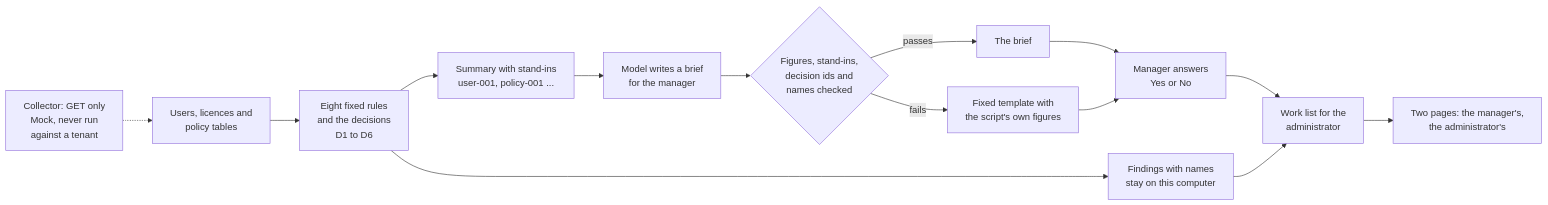
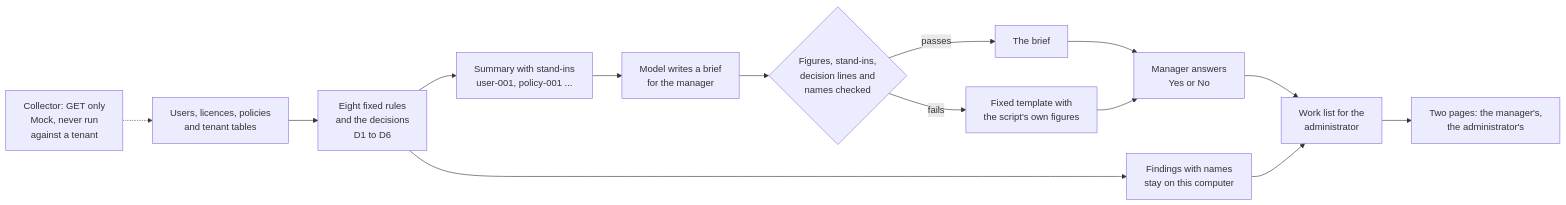
One commit to evgenybl/m365-hygiene-brief-demo changed the diagram in README.md. Above: the diagram before and after it, drawn with Mermaid. The commit also changed other lines of this file and 16 other files, not shown here.

````diff
--- a/README.md
+++ b/README.md
@@ -82,16 +99,16 @@
 ```mermaid
 flowchart LR
     X[Collector: GET only<br/>Mock, never run<br/>against a tenant] -.-> A
-    A[Users, licences and<br/>policy tables] --> B[Eight fixed rules<br/>and the decisions<br/>D1 to D6]
+    A[Users, licences, policies<br/>and tenant tables] --> B[Eight fixed rules<br/>and the decisions<br/>D1 to D6]
     B --> C[Findings with names<br/>stay on this computer]
     B --> D[Summary with stand-ins<br/>user-001, policy-001 ...]
     D --> E[Model writes a brief<br/>for the manager]
-    E --> F{Figures, stand-ins,<br/>decision ids and<br/>names checked}
+    E --> F{Figures, stand-ins,<br/>decision lines and<br/>names checked}
     F -- passes --> G[The brief]
     F -- fails --> H[Fixed template with<br/>the script's own figures]
     G --> I[Manager answers<br/>Yes or No]
     H --> I
     I --> J[Work list for the<br/>administrator]
     C --> J
     J --> K[Two pages: the manager's,<br/>the administrator's]
 ```
````
